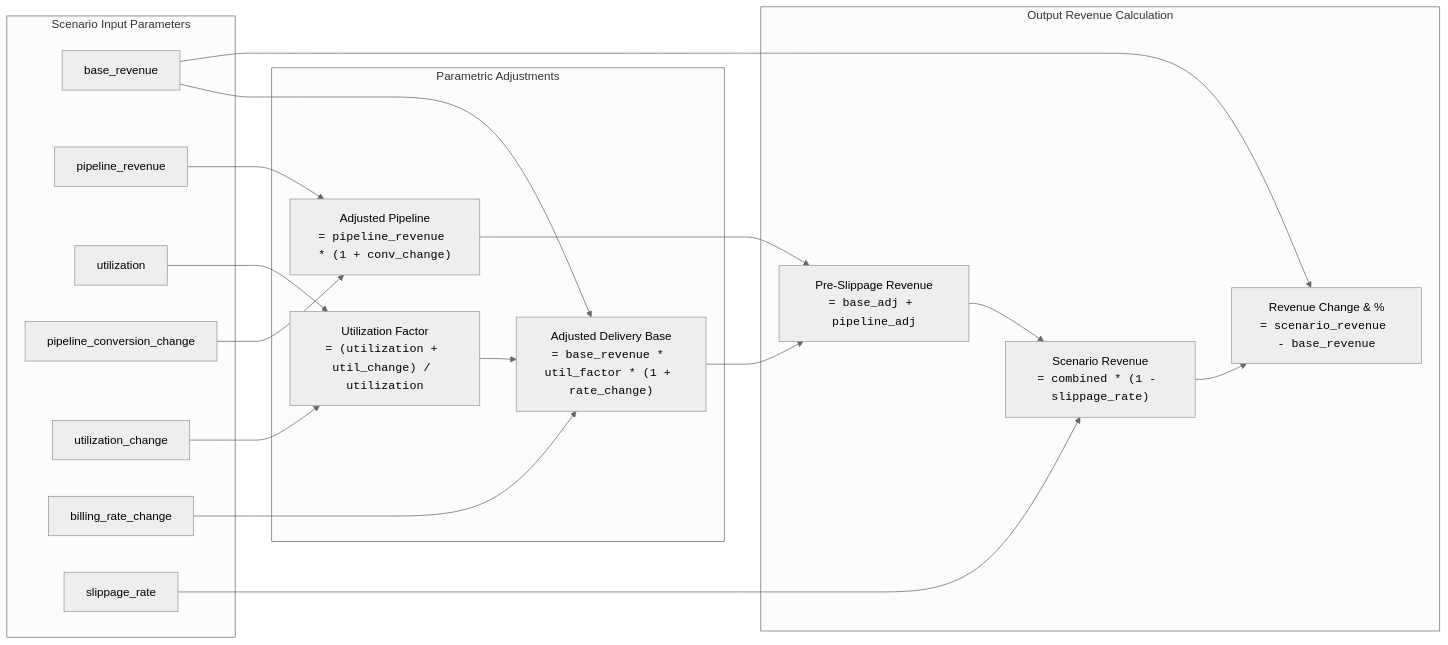
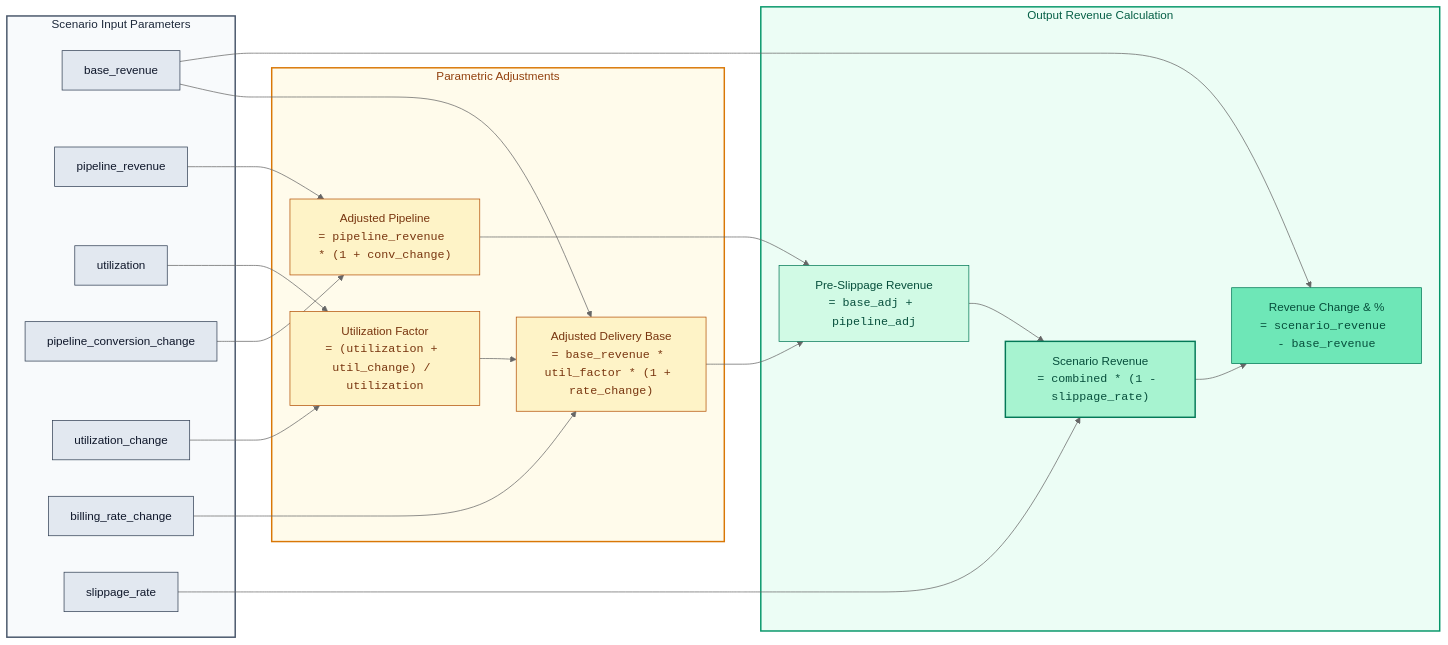
Before and after one commit to VED-VIVEK-TALMALEY/x-fin: the seventh of 7 diagrams in README.md, drawn with Mermaid (neutral theme). The commit also changed other lines of this file and 6 other files, not shown here.

````diff
--- a/README.md
+++ b/README.md
@@ -298,31 +392,51 @@
 ```mermaid
 flowchart LR
     subgraph Inputs["Scenario Input Parameters"]
         B["base_revenue"]
         P["pipeline_revenue"]
         U["utilization"]
         C_CHG["pipeline_conversion_change"]
         U_CHG["utilization_change"]
         R_CHG["billing_rate_change"]
         S_CHG["slippage_rate"]
     end
 
     subgraph Adjustments["Parametric Adjustments"]
         P_ADJ["Adjusted Pipeline<br/><code>= pipeline_revenue * (1 + conv_change)</code>"]
         U_FAC["Utilization Factor<br/><code>= (utilization + util_change) / utilization</code>"]
         B_ADJ["Adjusted Delivery Base<br/><code>= base_revenue * util_factor * (1 + rate_change)</code>"]
         P & C_CHG --> P_ADJ
         U & U_CHG --> U_FAC
         B & U_FAC & R_CHG --> B_ADJ
     end
 
     subgraph Output["Output Revenue Calculation"]
         COMB["Pre-Slippage Revenue<br/><code>= base_adj + pipeline_adj</code>"]
         SCEN["Scenario Revenue<br/><code>= combined * (1 - slippage_rate)</code>"]
         DELT["Revenue Change & %<br/><code>= scenario_revenue - base_revenue</code>"]
 
         P_ADJ & B_ADJ --> COMB
         COMB & S_CHG --> SCEN
         SCEN & B --> DELT
     end
+
+    style Inputs fill:#F8FAFC,stroke:#475569,stroke-width:2px,color:#1E293B
+    style Adjustments fill:#FFFBEB,stroke:#D97706,stroke-width:2px,color:#92400E
+    style Output fill:#ECFDF5,stroke:#059669,stroke-width:2px,color:#065F46
+
+    style B fill:#E2E8F0,stroke:#334155,stroke-width:1px,color:#0F172A
+    style P fill:#E2E8F0,stroke:#334155,stroke-width:1px,color:#0F172A
+    style U fill:#E2E8F0,stroke:#334155,stroke-width:1px,color:#0F172A
+    style C_CHG fill:#E2E8F0,stroke:#334155,stroke-width:1px,color:#0F172A
+    style U_CHG fill:#E2E8F0,stroke:#334155,stroke-width:1px,color:#0F172A
+    style R_CHG fill:#E2E8F0,stroke:#334155,stroke-width:1px,color:#0F172A
+    style S_CHG fill:#E2E8F0,stroke:#334155,stroke-width:1px,color:#0F172A
+
+    style P_ADJ fill:#FEF3C7,stroke:#B45309,stroke-width:1px,color:#78350F
+    style U_FAC fill:#FEF3C7,stroke:#B45309,stroke-width:1px,color:#78350F
+    style B_ADJ fill:#FEF3C7,stroke:#B45309,stroke-width:1px,color:#78350F
+
+    style COMB fill:#D1FAE5,stroke:#047857,stroke-width:1px,color:#064E3B
+    style SCEN fill:#A7F3D0,stroke:#047857,stroke-width:2px,color:#064E3B
+    style DELT fill:#6EE7B7,stroke:#047857,stroke-width:1px,color:#064E3B
 ```
````
